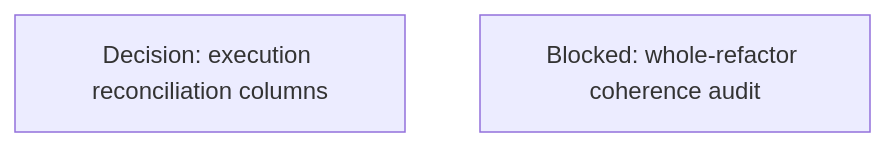
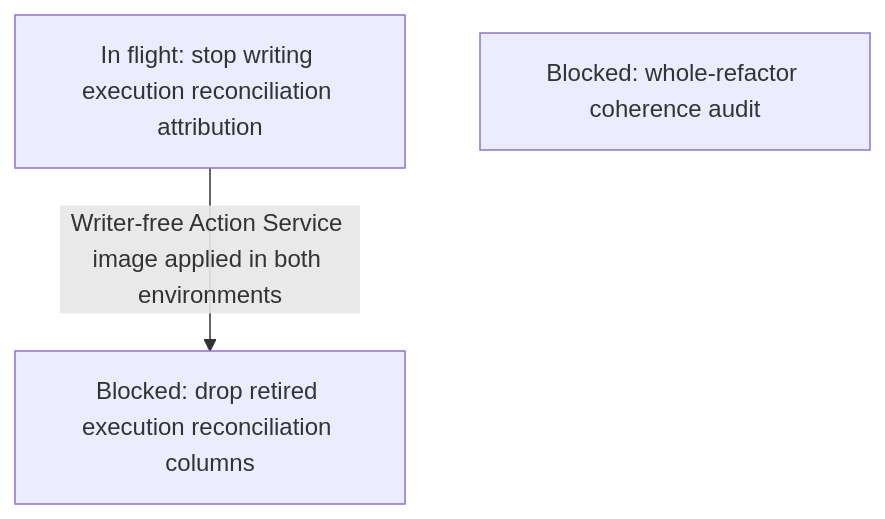
One commit to agentydragon-agent/ducktape changed diagram 13 of 17 in agentplane/plans/task_dag.md. Above: the diagram before and after it, drawn with Mermaid. The commit also changed other lines of this file and 6 other files, not shown here.

````diff
--- a/agentplane/plans/task_dag.md
+++ b/agentplane/plans/task_dag.md
@@ -1211,5 +1211,7 @@
 ```mermaid
 flowchart TD
-    ACTION_EXECUTION_AUDIT_TRIM[Decision: execution reconciliation columns]
+    ACTION_EXECUTION_AUDIT_WRITER_RETIRE[In flight: stop writing execution reconciliation attribution]
+    ACTION_EXECUTION_AUDIT_COLUMNS_DROP[Blocked: drop retired execution reconciliation columns]
+    ACTION_EXECUTION_AUDIT_WRITER_RETIRE -->|Writer-free Action Service image applied in both environments| ACTION_EXECUTION_AUDIT_COLUMNS_DROP
     REFACTOR_COHERENCE_AUDIT[Blocked: whole-refactor coherence audit]
 ```
````
